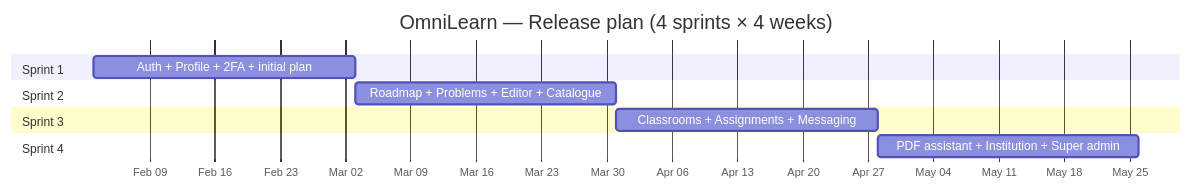
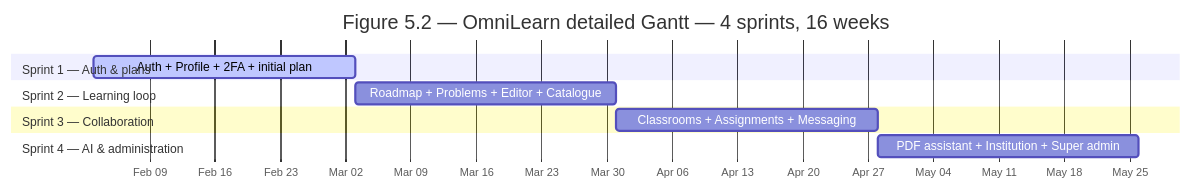
The diagram in docs/sprint_planning_and_backlog.md (MaizaAymen/OmniLearn), drawn with Mermaid before and after one commit. The commit also changed other lines of this file and 2 other files, not shown here.

````diff
--- a/docs/sprint_planning_and_backlog.md
+++ b/docs/sprint_planning_and_backlog.md
@@ -9,14 +9,15 @@
 ```mermaid
 gantt
-  title OmniLearn — Release plan (4 sprints × 4 weeks)
+  title Figure 5.2 — OmniLearn detailed Gantt — 4 sprints, 16 weeks
   dateFormat YYYY-MM-DD
   axisFormat %b %d
-  section Sprint 1
-  Auth + Profile + 2FA + initial plan   :a1, 2025-02-03, 28d
-  section Sprint 2
-  Roadmap + Problems + Editor + Catalogue :a2, after a1, 28d
-  section Sprint 3
-  Classrooms + Assignments + Messaging :a3, after a2, 28d
-  section Sprint 4
-  PDF assistant + Institution + Super admin :a4, after a3, 28d
+  todayMarker off
+  section Sprint 1 — Auth & plans
+  Auth + Profile + 2FA + initial plan         :active, a1, 2025-02-03, 28d
+  section Sprint 2 — Learning loop
+  Roadmap + Problems + Editor + Catalogue     :a2, after a1, 28d
+  section Sprint 3 — Collaboration
+  Classrooms + Assignments + Messaging        :a3, after a2, 28d
+  section Sprint 4 — AI & administration
+  PDF assistant + Institution + Super admin   :a4, after a3, 28d
 ```
````
